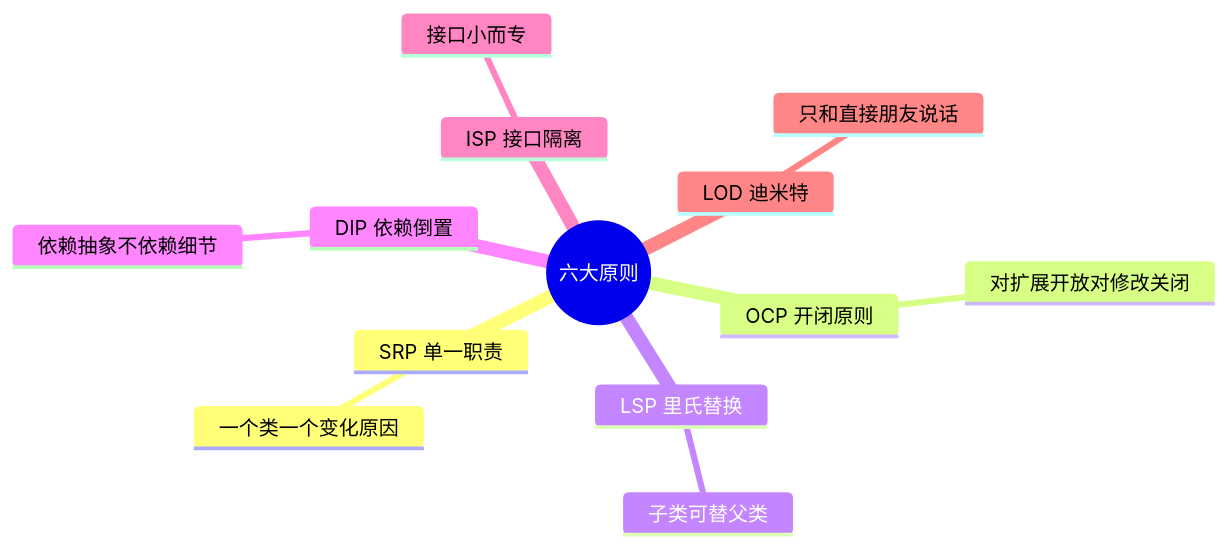
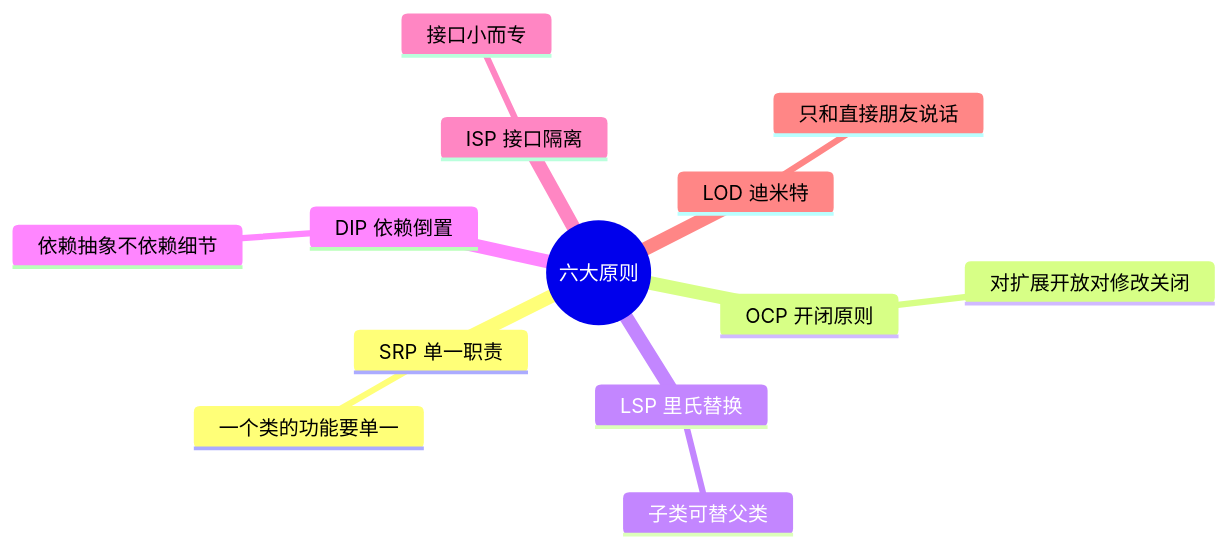
One commit to chongyang211/YCBookBlog changed the first of 4 diagrams in docs/08.编程/02.常见设计原则/01.面向对象六大原则.md. Above: the diagram before and after it, drawn with Mermaid. The commit also changed other lines of this file and 42 other files, not shown here.

````diff
--- a/docs/08.编程/02.常见设计原则/01.面向对象六大原则.md
+++ b/docs/08.编程/02.常见设计原则/01.面向对象六大原则.md
@@ -66,16 +70,16 @@
 ```mermaid
 mindmap
   root((六大原则))
     SRP 单一职责
-      一个类一个变化原因
+      一个类的功能要单一
     OCP 开闭原则
       对扩展开放对修改关闭
     LSP 里氏替换
       子类可替父类
     DIP 依赖倒置
       依赖抽象不依赖细节
     ISP 接口隔离
       接口小而专
     LOD 迪米特
       只和直接朋友说话
 ```
````
